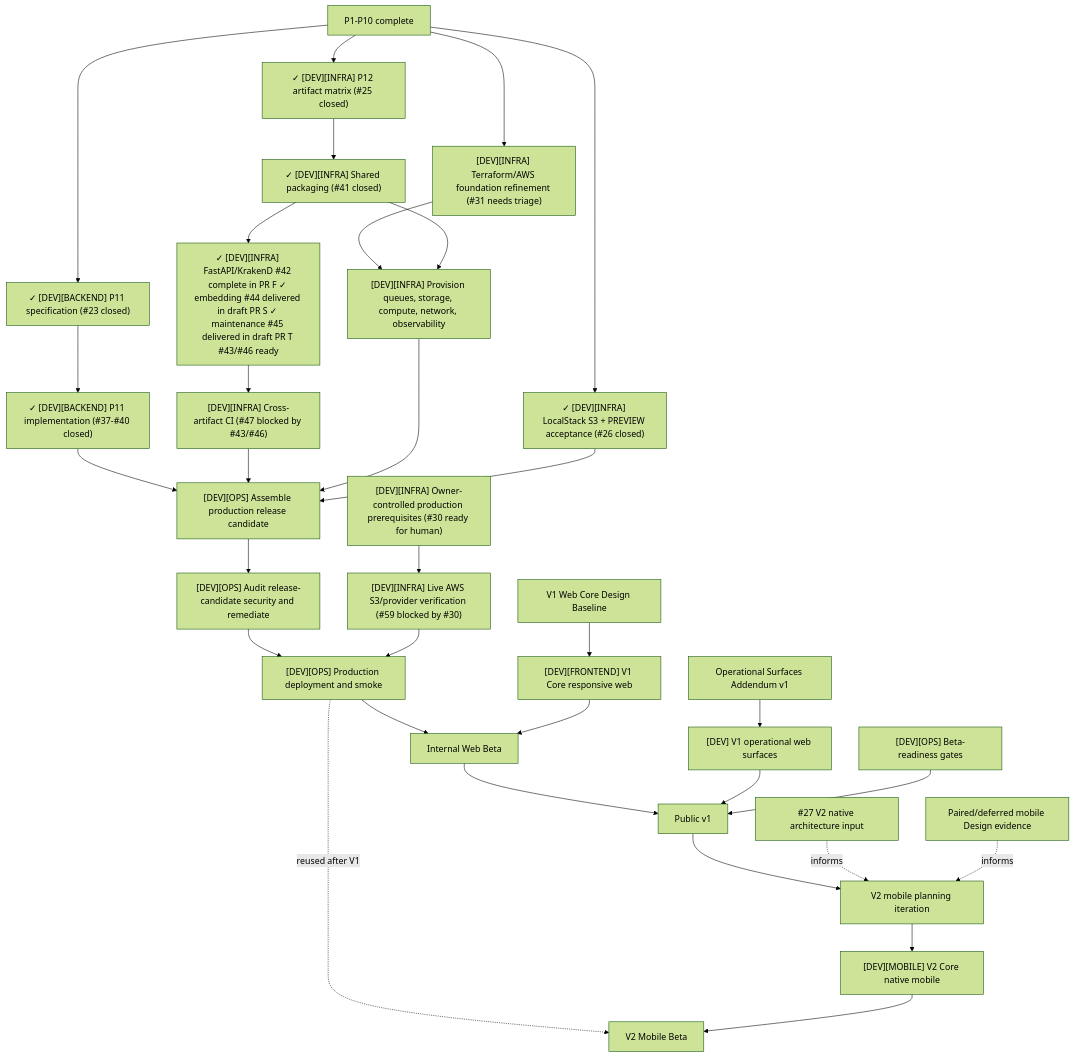
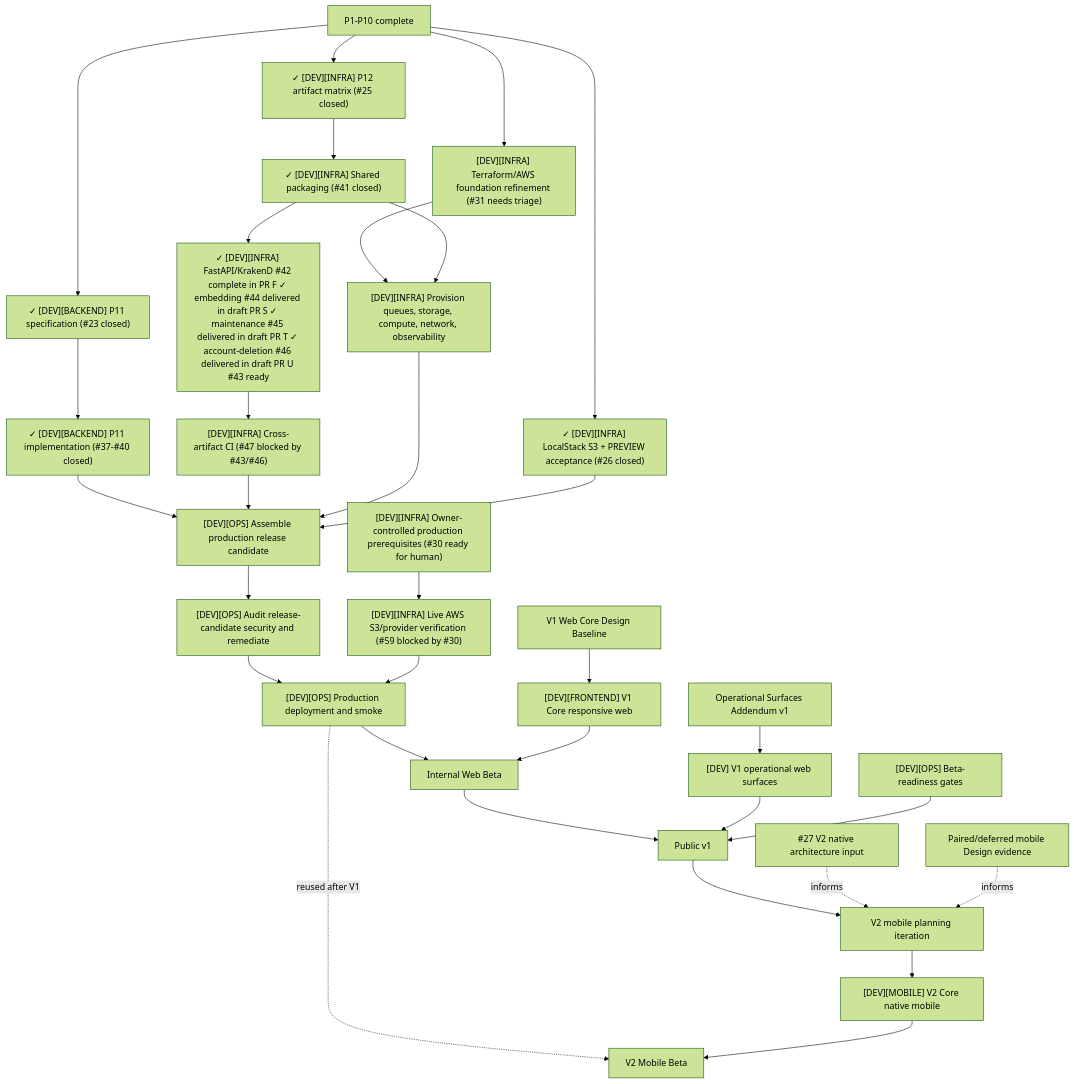
The diagram in docs/architecture/production-roadmap.md (starkovalera/recipe-manager), drawn with Mermaid (forest theme) before and after one commit. The commit also changed other lines of this file and 11 other files, not shown here.

First line of the commit message:
feat(infra): add account-deletion Lambda production artifact (#46) (#85)

````diff
--- a/docs/architecture/production-roadmap.md
+++ b/docs/architecture/production-roadmap.md
@@ -215,41 +215,41 @@
 ```mermaid
 flowchart TD
   p10["P1-P10 complete"]
   p10 --> p11Spec["✓ [DEV][BACKEND] P11 specification (#23 closed)"]
   p11Spec --> p11Implementation["✓ [DEV][BACKEND] P11 implementation (#37-#40 closed)"]
   p10 --> p12Spec["✓ [DEV][INFRA] P12 artifact matrix (#25 closed)"]
   p12Spec --> p12Shared["✓ [DEV][INFRA] Shared packaging (#41 closed)"]
-  p12Shared --> p12Artifacts["✓ [DEV][INFRA] FastAPI/KrakenD #42 complete in PR #70; ✓ embedding #44 delivered in draft PR #83; ✓ maintenance #45 delivered in draft PR #84; #43/#46 ready"]
+  p12Shared --> p12Artifacts["✓ [DEV][INFRA] FastAPI/KrakenD #42 complete in PR #70; ✓ embedding #44 delivered in draft PR #83; ✓ maintenance #45 delivered in draft PR #84; ✓ account-deletion #46 delivered in draft PR #85; #43 ready"]
   p12Artifacts --> p12Ci["[DEV][INFRA] Cross-artifact CI (#47 blocked by #43/#46)"]
   p10 --> localstack["✓ [DEV][INFRA] LocalStack S3 + PREVIEW acceptance (#26 closed)"]
   p10 --> tfFoundation["[DEV][INFRA] Terraform/AWS foundation refinement (#31 needs triage)"]
   ownerInputs["[DEV][INFRA] Owner-controlled production prerequisites (#30 ready for human)"]
   ownerInputs --> liveAws["[DEV][INFRA] Live AWS S3/provider verification (#59 blocked by #30)"]
 
   tfFoundation --> cloudResources["[DEV][INFRA] Provision queues, storage, compute, network, observability"]
   p12Shared --> cloudResources
 
   p11Implementation --> releaseCandidate["[DEV][OPS] Assemble production release candidate"]
   p12Ci --> releaseCandidate
   cloudResources --> releaseCandidate
   localstack --> releaseCandidate
   releaseCandidate --> security["[DEV][OPS] Audit release-candidate security and remediate"]
   security --> technicalProd["[DEV][OPS] Production deployment and smoke"]
   liveAws --> technicalProd
 
   designCore["V1 Web Core Design Baseline"] --> web["[DEV][FRONTEND] V1 Core responsive web"]
   technicalProd --> webBeta["Internal Web Beta"]
   web --> webBeta
 
   designOps["Operational Surfaces Addendum v1"] --> operationalClients["[DEV] V1 operational web surfaces"]
   webBeta --> publicV1["Public v1"]
   operationalClients --> publicV1
   beta["[DEV][OPS] Beta-readiness gates"] --> publicV1
 
   publicV1 --> v2Planning["V2 mobile planning iteration"]
   mobileResearch["#27 V2 native architecture input"] -. informs .-> v2Planning
   pairedDesign["Paired/deferred mobile Design evidence"] -. informs .-> v2Planning
   v2Planning --> mobile["[DEV][MOBILE] V2 Core native mobile"]
   technicalProd -. reused after V1 .-> mobileBeta["V2 Mobile Beta"]
   mobile --> mobileBeta
 ```
````
